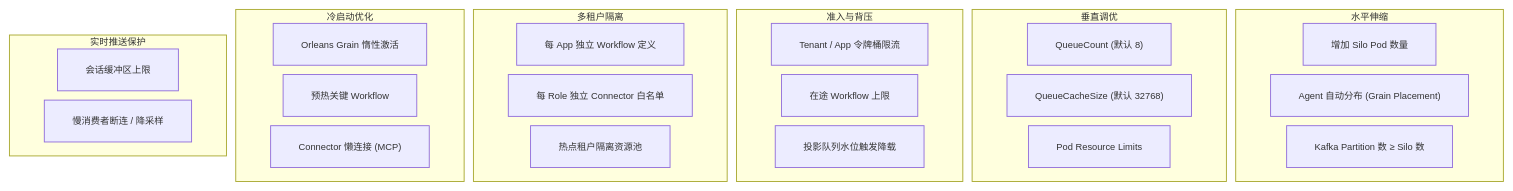
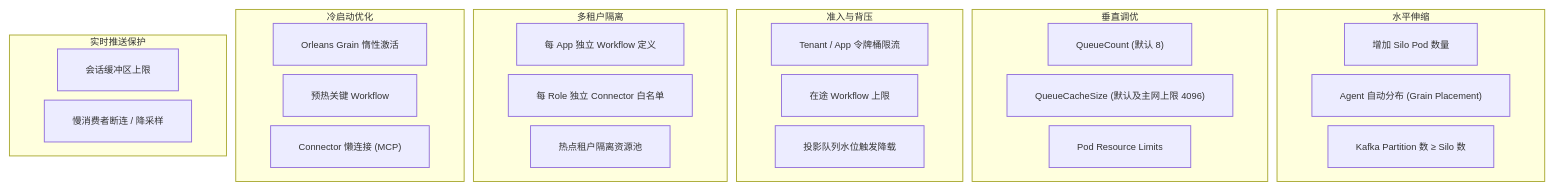
Diagram 15 of 19 in docs/adr/0002-mainnet-architecture.md (aevatarAI/aevatar), drawn with Mermaid before and after one commit. The commit also changed other lines of this file and 7 other files, not shown here.

````diff
--- a/docs/adr/0002-mainnet-architecture.md
+++ b/docs/adr/0002-mainnet-architecture.md
@@ -997,38 +1001,38 @@
 ```mermaid
 %%{init: {"maxTextSize": 100000, "flowchart": {"useMaxWidth": false, "nodeSpacing": 10, "rankSpacing": 50}, "themeVariables": {"fontSize": "10px"}}}%%
 flowchart TB
     subgraph horizontal ["水平伸缩"]
         H1["增加 Silo Pod 数量"]
         H2["Agent 自动分布 (Grain Placement)"]
         H3["Kafka Partition 数 ≥ Silo 数"]
     end
 
     subgraph vertical ["垂直调优"]
         V1["QueueCount (默认 8)"]
-        V2["QueueCacheSize (默认 32768)"]
+        V2["QueueCacheSize (默认及主网上限 4096)"]
         V3["Pod Resource Limits"]
     end
 
     subgraph admission ["准入与背压"]
         A1["Tenant / App 令牌桶限流"]
         A2["在途 Workflow 上限"]
         A3["投影队列水位触发降载"]
     end
 
     subgraph tenant ["多租户隔离"]
         T1["每 App 独立 Workflow 定义"]
         T2["每 Role 独立 Connector 白名单"]
         T3["热点租户隔离资源池"]
     end
 
     subgraph coldstart ["冷启动优化"]
         CS1["Orleans Grain 惰性激活"]
         CS2["预热关键 Workflow"]
         CS3["Connector 懒连接 (MCP)"]
     end
 
     subgraph realtime ["实时推送保护"]
         R1["会话缓冲区上限"]
         R2["慢消费者断连 / 降采样"]
     end
 ```
````
